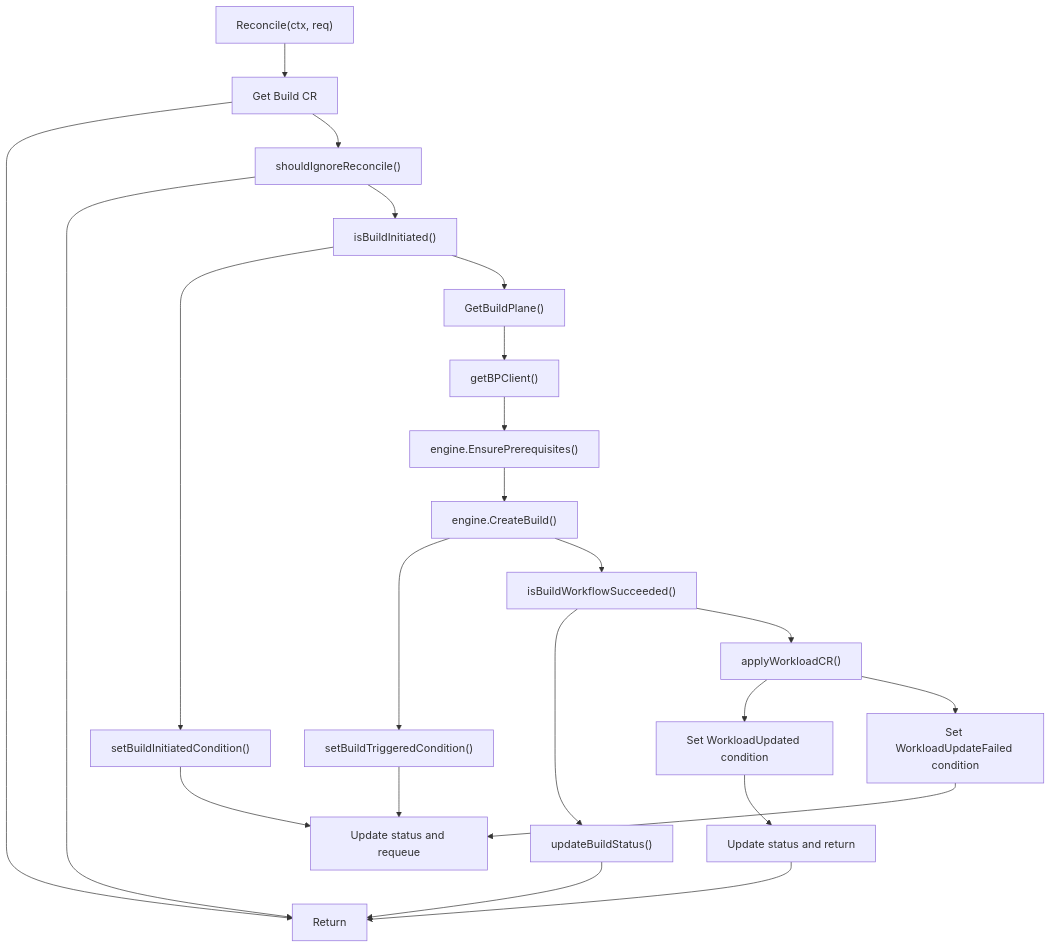
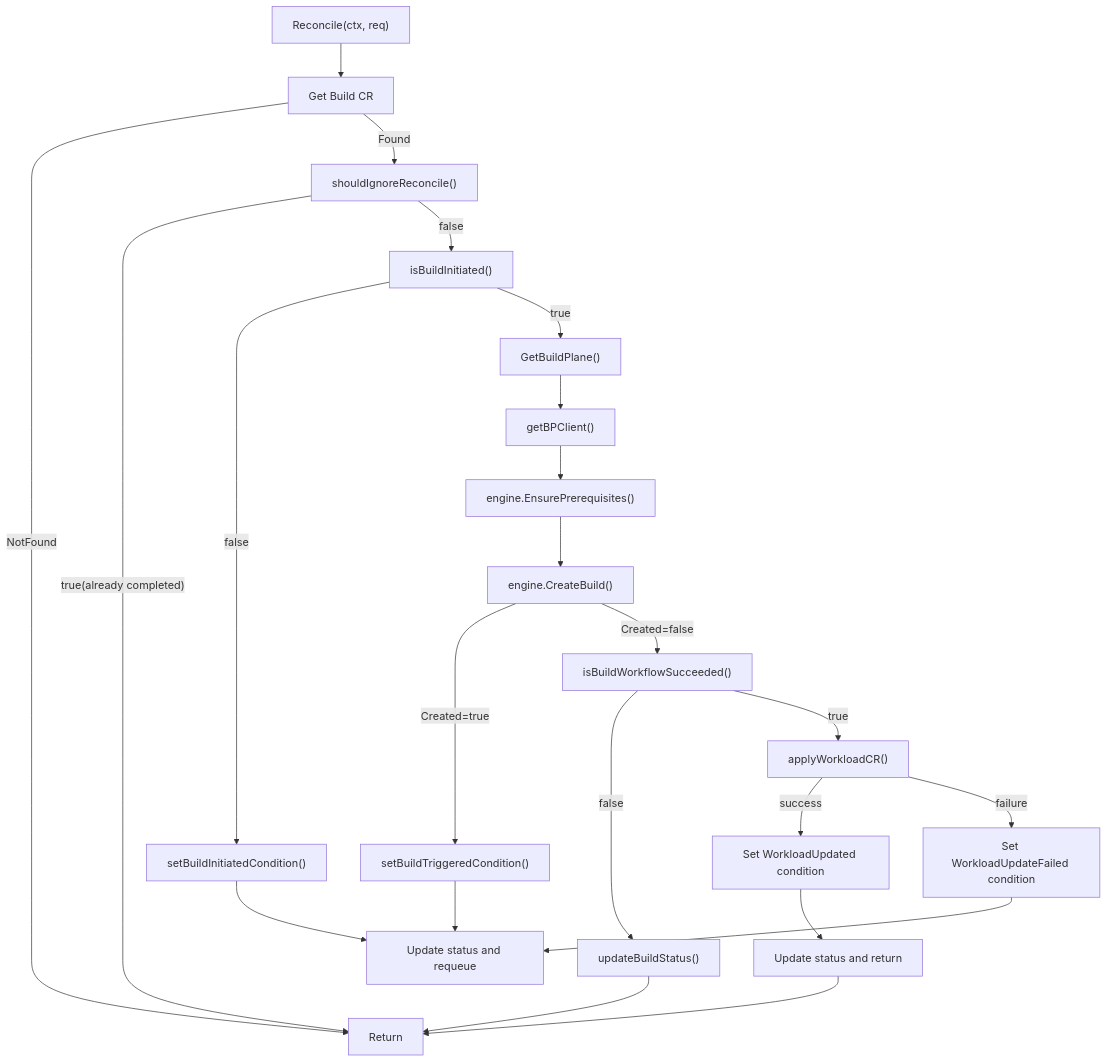
One commit to openchoreo/openchoreo changed the second of 9 diagrams in docs/deepwiki/Build-Controller.md. Above: the diagram before and after it, drawn with Mermaid. The commit also changed other lines of this file and 85 other files, not shown here.

Commit message:
feat: Add new workflow and specification templates, update Helm chart dependencies, and clarify documentation diagrams.

````diff
--- a/docs/deepwiki/Build-Controller.md
+++ b/docs/deepwiki/Build-Controller.md
@@ -92,45 +92,45 @@
 ```mermaid
 flowchart TD
 
 Start["Reconcile(ctx, req)"]
 Fetch["Get Build CR"]
 End["Return"]
 CheckIgnore["shouldIgnoreReconcile()"]
 CheckInit["isBuildInitiated()"]
 SetInit["setBuildInitiatedCondition()"]
 UpdateRequeue["Update status and requeue"]
 GetBP["GetBuildPlane()"]
 GetClient["getBPClient()"]
 EnsurePrereq["engine.EnsurePrerequisites()"]
 CreateBuild["engine.CreateBuild()"]
 SetTriggered["setBuildTriggeredCondition()"]
 CheckWorkflow["isBuildWorkflowSucceeded()"]
 UpdateStatus["updateBuildStatus()"]
 ApplyWorkload["applyWorkloadCR()"]
 SetWorkloadUpdated["Set WorkloadUpdated condition"]
 SetWorkloadFailed["Set WorkloadUpdateFailed condition"]
 UpdateReturn["Update status and return"]
 
 Start --> Fetch
-Fetch --> End
-Fetch --> CheckIgnore
-CheckIgnore --> End
-CheckIgnore --> CheckInit
-CheckInit --> SetInit
+Fetch -->|"NotFound"| End
+Fetch -->|"Found"| CheckIgnore
+CheckIgnore -->|"true(already completed)"| End
+CheckIgnore -->|"false"| CheckInit
+CheckInit -->|"false"| SetInit
 SetInit --> UpdateRequeue
-CheckInit --> GetBP
+CheckInit -->|"true"| GetBP
 GetBP --> GetClient
 GetClient --> EnsurePrereq
 EnsurePrereq --> CreateBuild
-CreateBuild --> SetTriggered
+CreateBuild -->|"Created=true"| SetTriggered
 SetTriggered --> UpdateRequeue
-CreateBuild --> CheckWorkflow
-CheckWorkflow --> UpdateStatus
+CreateBuild -->|"Created=false"| CheckWorkflow
+CheckWorkflow -->|"false"| UpdateStatus
 UpdateStatus --> End
-CheckWorkflow --> ApplyWorkload
-ApplyWorkload --> SetWorkloadUpdated
-ApplyWorkload --> SetWorkloadFailed
+CheckWorkflow -->|"true"| ApplyWorkload
+ApplyWorkload -->|"success"| SetWorkloadUpdated
+ApplyWorkload -->|"failure"| SetWorkloadFailed
 SetWorkloadUpdated --> UpdateReturn
 SetWorkloadFailed --> UpdateRequeue
 UpdateReturn --> End
 ```
````
